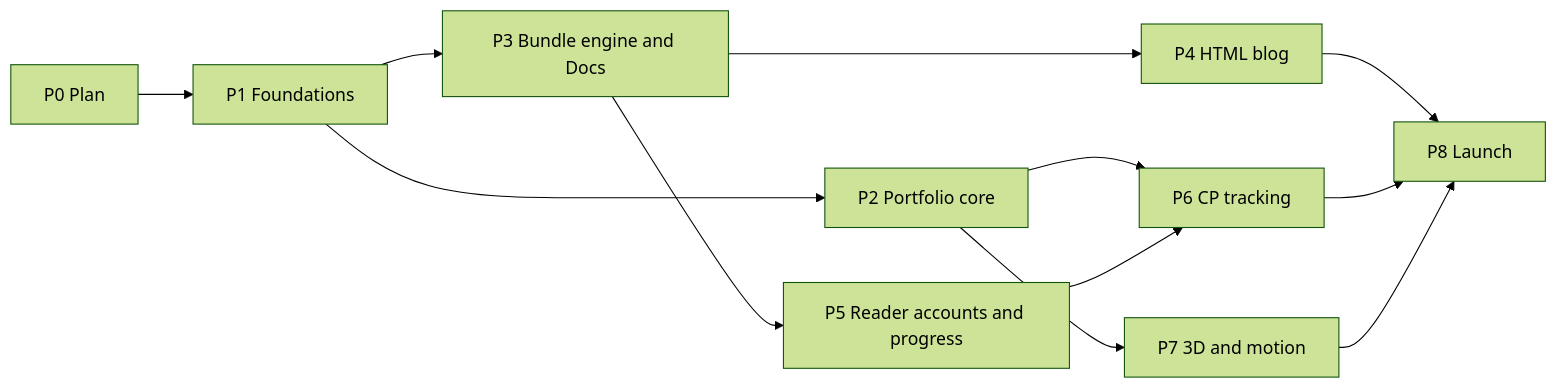
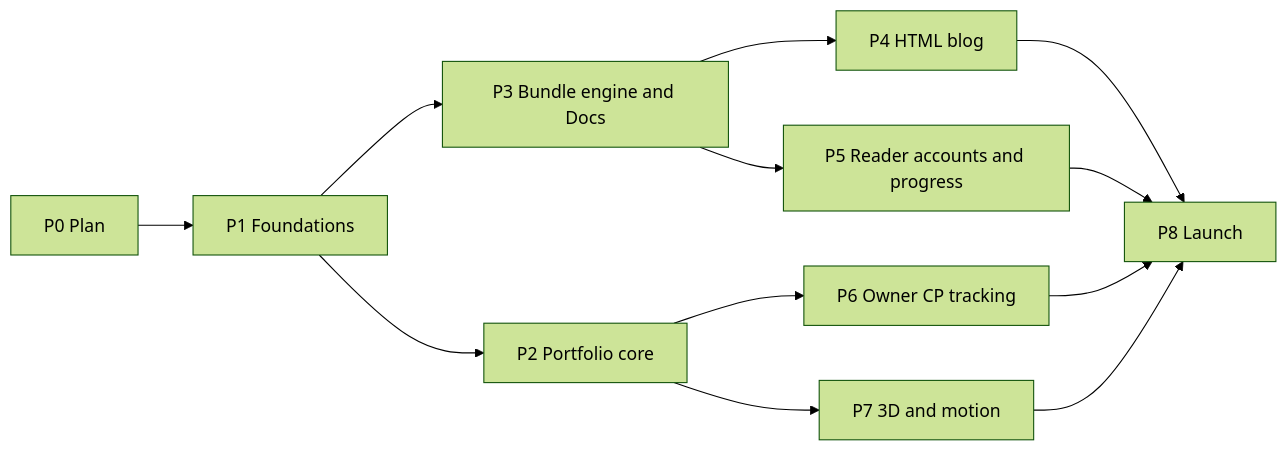
One commit to eyasir329/portfolio changed the diagram in docs/16-delivery-plan.md. Above: the diagram before and after it, drawn with Mermaid (forest theme). The commit also changed other lines of this file and 24 other files, not shown here.

````diff
--- a/docs/16-delivery-plan.md
+++ b/docs/16-delivery-plan.md
@@ -30,12 +33,11 @@
 ```mermaid
 flowchart LR
   P0["P0 Plan"] --> P1["P1 Foundations"]
   P1 --> P2["P2 Portfolio core"]
   P1 --> P3["P3 Bundle engine and Docs"]
   P3 --> P4["P4 HTML blog"]
   P3 --> P5["P5 Reader accounts and progress"]
-  P2 --> P6["P6 CP tracking"]
-  P5 --> P6
+  P2 --> P6["P6 Owner CP tracking"]
   P2 --> P7["P7 3D and motion"]
-  P4 & P6 & P7 --> P8["P8 Launch"]
+  P4 & P5 & P6 & P7 --> P8["P8 Launch"]
 ```
````
